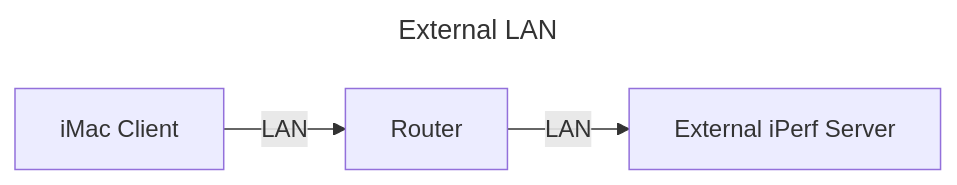
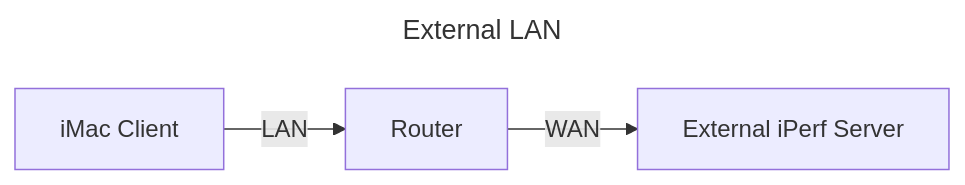
The fourth of 4 diagrams in iperf.md (Yoshidaishima/troubleshooting-wifi), drawn with Mermaid before and after one commit. The commit also changed other lines of this file, not shown here.

````diff
--- a/iperf.md
+++ b/iperf.md
@@ -64,11 +64,11 @@
 ``` mermaid
 ---
 title: "External LAN"
 ---
 flowchart LR
     b@{shape: rect, label: "Router"}
     c@{shape: rect, label: "iMac Client"}
     d@{shape: rect, label: "External iPerf Server"}
     c-- LAN -->b
-    b-- LAN -->d
+    b-- WAN -->d
 ```
````
